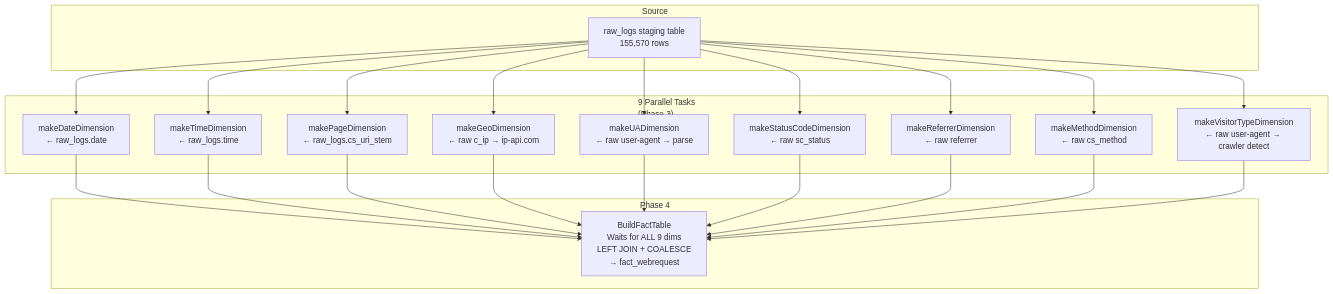
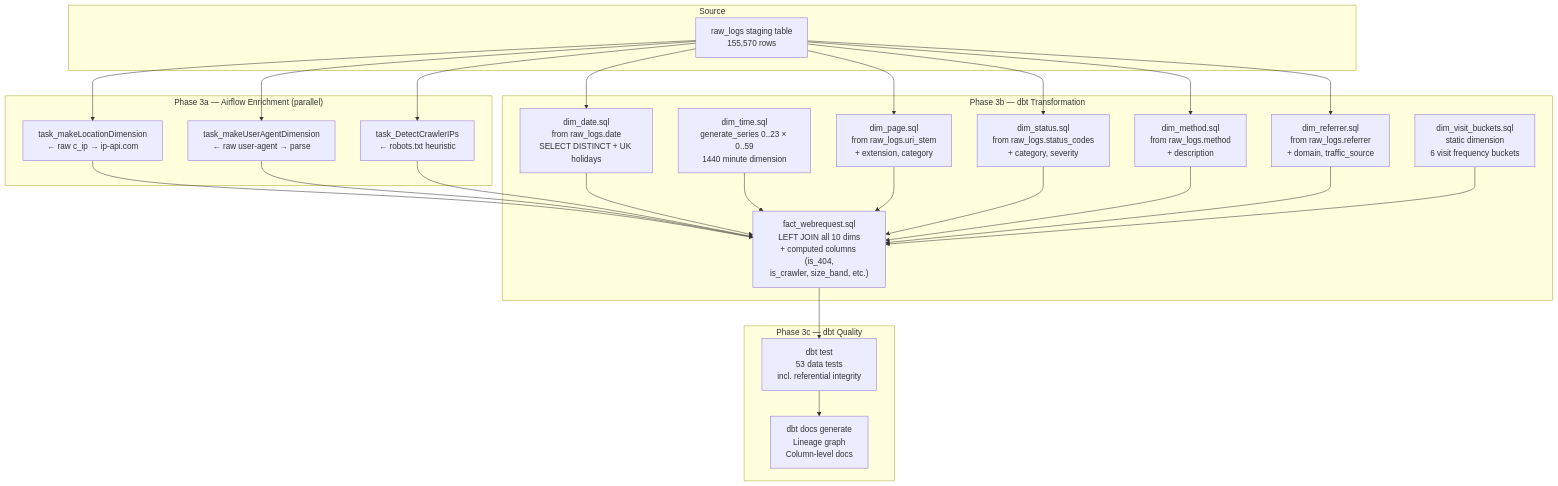
One commit to AhmedIkram05/w3c-etl-pipeline changed the fourth of 10 diagrams in README.md. Above: the diagram before and after it, drawn with Mermaid. The commit also changed other lines of this file and 2 other files, not shown here.

Commit message:
Update README and diagrams for dbt integration and pipeline architecture

````diff
--- a/README.md
+++ b/README.md
@@ -203,42 +207,53 @@
 ```mermaid
 flowchart TB
     subgraph raw_src["Source"]
         raw["raw_logs staging table<br/>155,570 rows"]
     end
     
-    subgraph dims["9 Parallel Tasks<br/>(Phase 3)"]
-        d_date["makeDateDimension<br/>← raw_logs.date"]
-        d_time["makeTimeDimension<br/>← raw_logs.time"]
-        d_page["makePageDimension<br/>← raw_logs.cs_uri_stem"]
-        d_geo["makeGeoDimension<br/>← raw c_ip → ip-api.com"]
-        d_ua["makeUADimension<br/>← raw user-agent → parse"]
-        d_status["makeStatusCodeDimension<br/>← raw sc_status"]
-        d_ref["makeReferrerDimension<br/>← raw referrer"]
-        d_method["makeMethodDimension<br/>← raw cs_method"]
-        d_visitor["makeVisitorTypeDimension<br/>← raw user-agent → crawler detect"]
+    subgraph airflow_dims["Phase 3a — Airflow Enrichment (parallel)"]
+        d_geo["task_makeLocationDimension<br/>← raw c_ip → ip-api.com"]
+        d_ua["task_makeUserAgentDimension<br/>← raw user-agent → parse"]
+        d_visitor["task_DetectCrawlerIPs<br/>← robots.txt heuristic"]
     end
     
-    subgraph phase4["Phase 4"]
-        fact["BuildFactTable<br/>Waits for ALL 9 dims<br/>LEFT JOIN + COALESCE<br/>→ fact_webrequest"]
+    subgraph dbt_dims["Phase 3b — dbt Transformation"]
+        d_date["dim_date.sql<br/>from raw_logs.date<br/>SELECT DISTINCT + UK holidays"]
+        d_time["dim_time.sql<br/>generate_series 0..23 × 0..59<br/>1440 minute dimension"]
+        d_page["dim_page.sql<br/>from raw_logs.uri_stem<br/>+ extension, category"]
+        d_status["dim_status.sql<br/>from raw_logs.status_codes<br/>+ category, severity"]
+        d_method["dim_method.sql<br/>from raw_logs.method<br/>+ description"]
+        d_ref["dim_referrer.sql<br/>from raw_logs.referrer<br/>+ domain, traffic_source"]
+        d_visit_buckets["dim_visit_buckets.sql<br/>static dimension<br/>6 visit frequency buckets"]
+        dbt_fact["fact_webrequest.sql<br/>LEFT JOIN all 10 dims<br/>+ computed columns (is_404,<br/>is_crawler, size_band, etc.)"]
+    end
+    
+    subgraph dbt_quality["Phase 3c — dbt Quality"]
+        tests["dbt test<br/>53 data tests<br/>incl. referential integrity"]
+        docs["dbt docs generate<br/>Lineage graph<br/>Column-level docs"]
     end
 
-    raw --> d_date
-    raw --> d_time
-    raw --> d_page
     raw --> d_geo
     raw --> d_ua
-    raw --> d_status
-    raw --> d_ref
-    raw --> d_method
     raw --> d_visitor
     
-    d_date --> fact
-    d_time --> fact
-    d_page --> fact
-    d_geo --> fact
-    d_ua --> fact
-    d_status --> fact
-    d_ref --> fact
-    d_method --> fact
-    d_visitor --> fact
+    d_geo --> dbt_fact
+    d_ua --> dbt_fact
+    d_visitor --> dbt_fact
+    
+    raw --> d_date
+    raw --> d_page
+    raw --> d_status
+    raw --> d_method
+    raw --> d_ref
+    
+    d_date --> dbt_fact
+    d_time --> dbt_fact
+    d_page --> dbt_fact
+    d_status --> dbt_fact
+    d_method --> dbt_fact
+    d_ref --> dbt_fact
+    d_visit_buckets --> dbt_fact
+    
+    dbt_fact --> tests
+    tests --> docs
 ```
````
